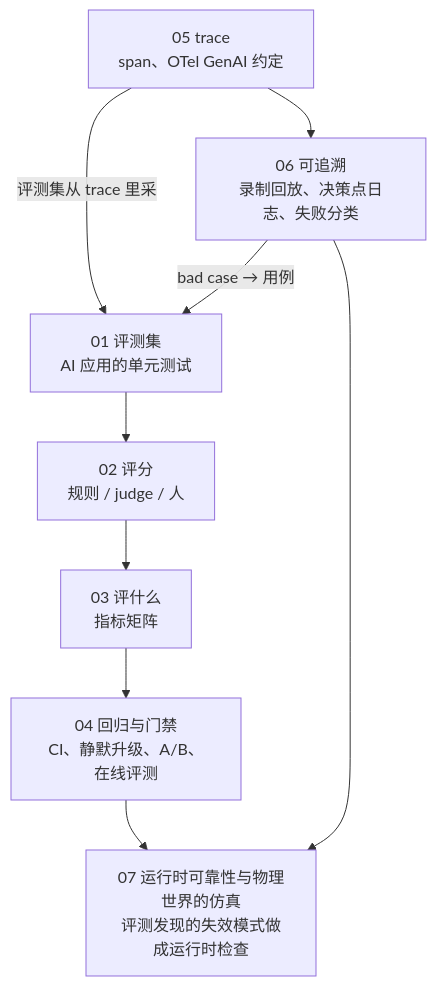
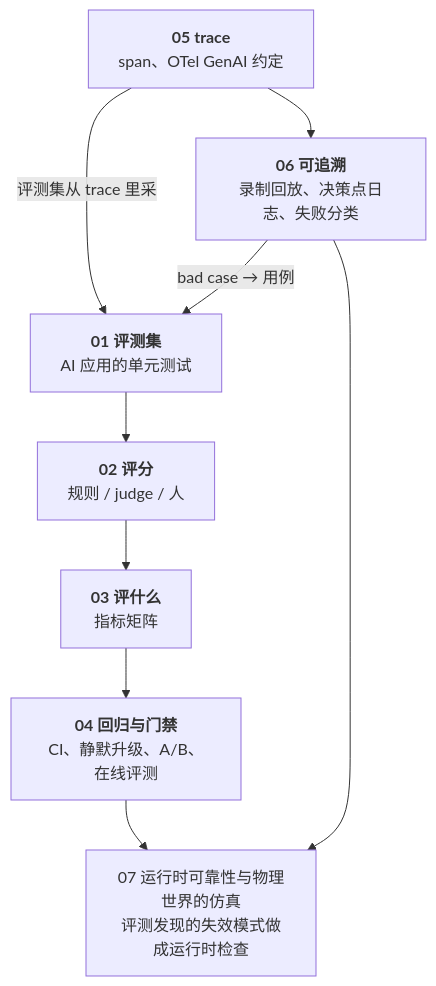
The first of 4 diagrams in _posts/2026-11-06-evals-and-observability-series-recap-and-self-test.md (arganzheng/arganzheng.github.com), drawn with Mermaid before and after one commit. The commit also changed other lines of this file and 7 other files, not shown here.

First line of the commit message:
评测、可观测与可追溯：怎么知道改了之后更好了：Mermaid 多行方框的首行标为标题（8 篇）

````diff
--- a/_posts/2026-11-06-evals-and-observability-series-recap-and-self-test.md
+++ b/_posts/2026-11-06-evals-and-observability-series-recap-and-self-test.md
@@ -19,11 +19,11 @@
 ```mermaid
 %%{init: {"flowchart": {"wrappingWidth": 170}}}%%
 %% 图：评测、可观测与可追溯全景：评测集 → 评分 → 评什么 → 门禁；trace 是它们共同的数据源
 flowchart TB
-    E1["01 评测集<br/>AI 应用的单元测试"] --> E2["02 评分<br/>规则 / judge / 人"] --> E3["03 评什么<br/>指标矩阵"] --> E4["04 回归与门禁<br/>CI、静默升级、A/B、在线评测"]
-    E5["05 trace<br/>span、OTel GenAI 约定"] --> E6["06 可追溯<br/>录制回放、决策点日志、失败分类"]
+    E1["<b>01 评测集</b><br/>AI 应用的单元测试"] --> E2["<b>02 评分</b><br/>规则 / judge / 人"] --> E3["<b>03 评什么</b><br/>指标矩阵"] --> E4["<b>04 回归与门禁</b><br/>CI、静默升级、A/B、在线评测"]
+    E5["<b>05 trace</b><br/>span、OTel GenAI 约定"] --> E6["<b>06 可追溯</b><br/>录制回放、决策点日志、失败分类"]
     E5 -- "评测集从 trace 里采" --> E1
     E6 -- "bad case → 用例" --> E1
     E4 & E6 --> E7["07 运行时可靠性与物理世界的仿真<br/>评测发现的失效模式做成运行时检查"]
 
 ```
````
